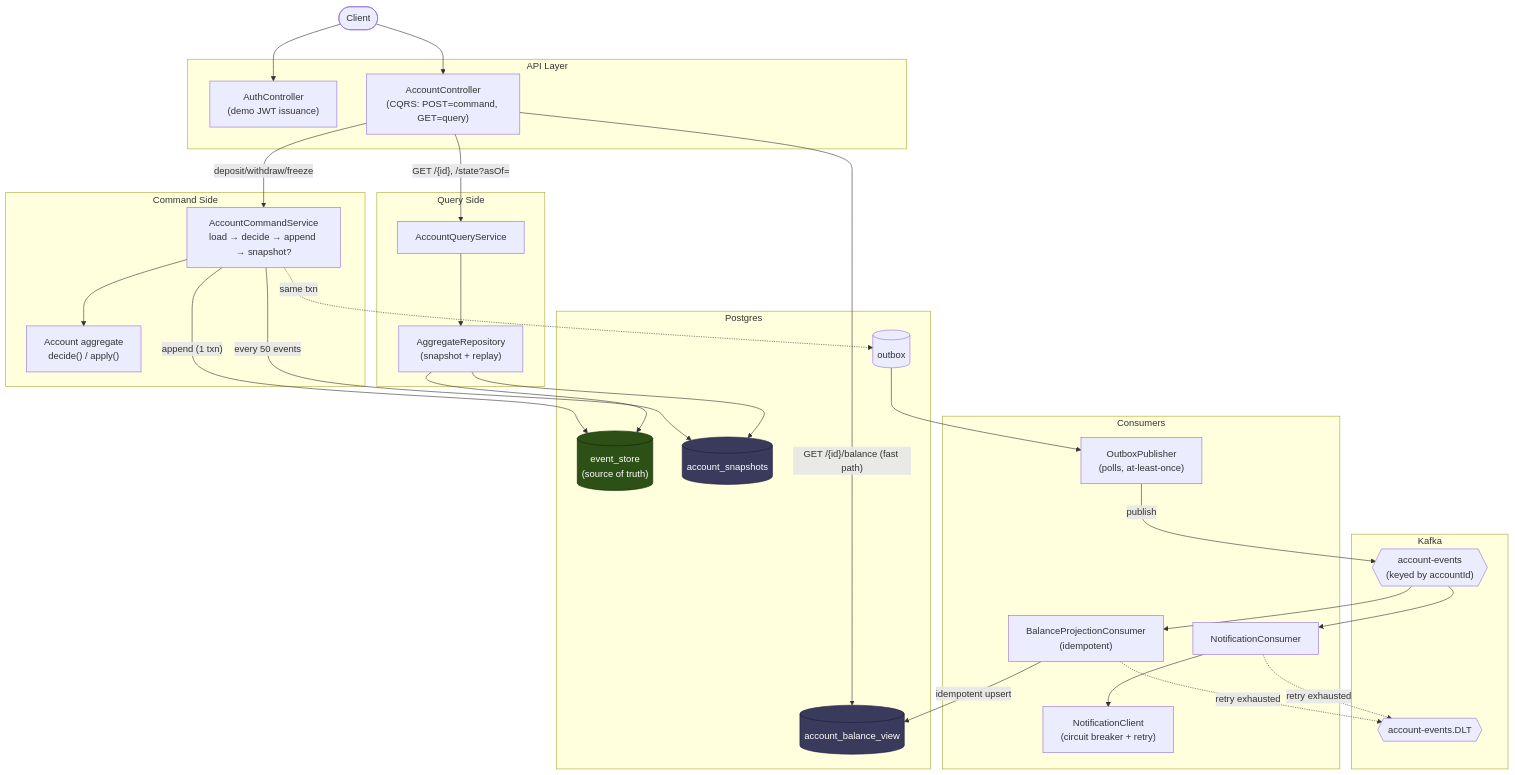
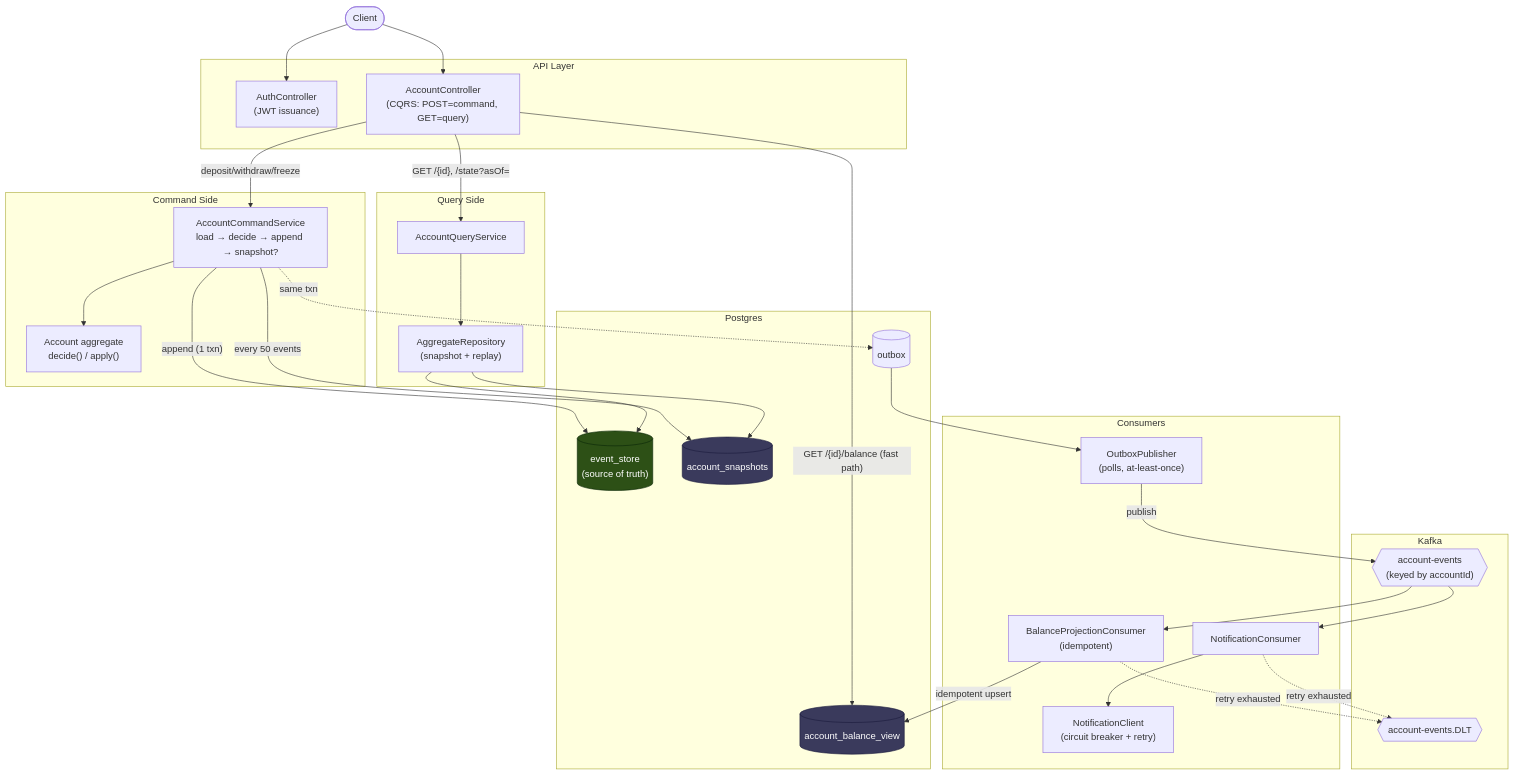
Before and after one commit to Sidd-Tiwari/event-sourced-banking-ledger: the first of 5 diagrams in README.md, drawn with Mermaid. The commit also changed other lines of this file, not shown here.

````diff
--- a/README.md
+++ b/README.md
@@ -25,66 +25,66 @@
 ```mermaid
 flowchart TB
     Client(["Client"])
 
     subgraph API["API Layer"]
-        Auth["AuthController<br/>(demo JWT issuance)"]
+        Auth["AuthController<br/>(JWT issuance)"]
         Ctrl["AccountController<br/>(CQRS: POST=command, GET=query)"]
     end
 
     subgraph CommandSide["Command Side"]
         CmdSvc["AccountCommandService<br/>load → decide → append → snapshot?"]
         Agg["Account aggregate<br/>decide() / apply()"]
     end
 
     subgraph Storage["Postgres"]
         ES[("event_store<br/>(source of truth)")]
         OB[("outbox")]
         SNAP[("account_snapshots")]
         BAL[("account_balance_view")]
     end
 
     subgraph Async["Kafka"]
         TOPIC{{"account-events<br/>(keyed by accountId)"}}
         DLT{{"account-events.DLT"}}
     end
 
     subgraph Consumers["Consumers"]
         Pub["OutboxPublisher<br/>(polls, at-least-once)"]
         ProjC["BalanceProjectionConsumer<br/>(idempotent)"]
         NotifC["NotificationConsumer"]
         NotifSvc["NotificationClient<br/>(circuit breaker + retry)"]
     end
 
     subgraph QuerySide["Query Side"]
         QSvc["AccountQueryService"]
         AggRepo["AggregateRepository<br/>(snapshot + replay)"]
     end
 
     Client --> Auth
     Client --> Ctrl
     Ctrl -->|"deposit/withdraw/freeze"| CmdSvc
     CmdSvc --> Agg
     CmdSvc -->|"append (1 txn)"| ES
     CmdSvc -.->|"same txn"| OB
     CmdSvc -->|"every 50 events"| SNAP
 
     OB --> Pub
     Pub -->|"publish"| TOPIC
     TOPIC --> ProjC
     TOPIC --> NotifC
     ProjC -->|"idempotent upsert"| BAL
     NotifC --> NotifSvc
     ProjC -.->|"retry exhausted"| DLT
     NotifC -.->|"retry exhausted"| DLT
 
     Ctrl -->|"GET /{id}, /state?asOf="| QSvc
     Ctrl -->|"GET /{id}/balance (fast path)"| BAL
     QSvc --> AggRepo
     AggRepo --> SNAP
     AggRepo --> ES
 
     classDef truth fill:#2d5016,stroke:#0a2607,color:#fff
     classDef cache fill:#3a3a5c,stroke:#1a1a3c,color:#fff
     class ES truth
     class BAL,SNAP cache
 ```
````
